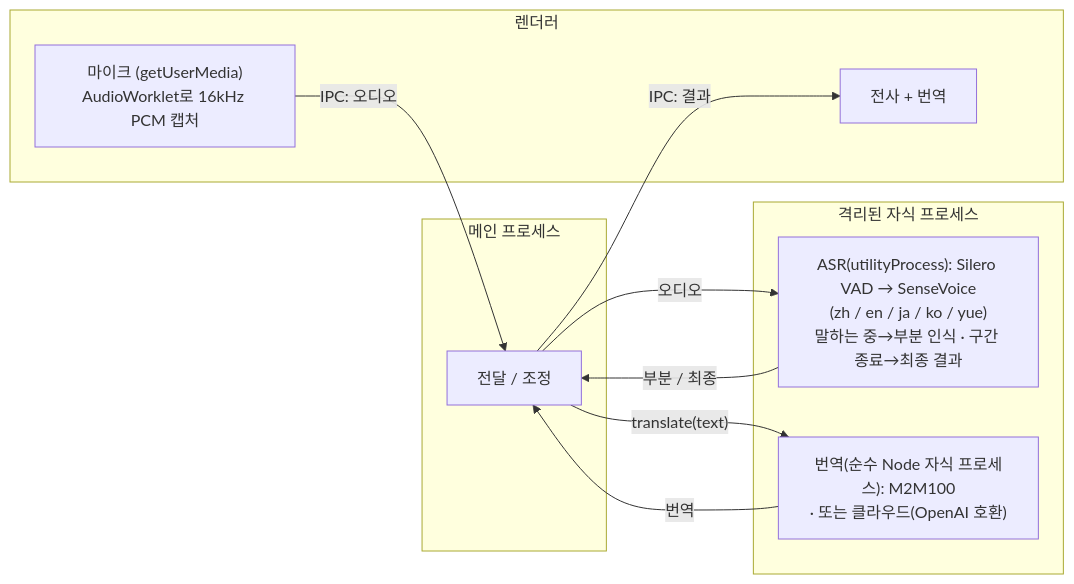
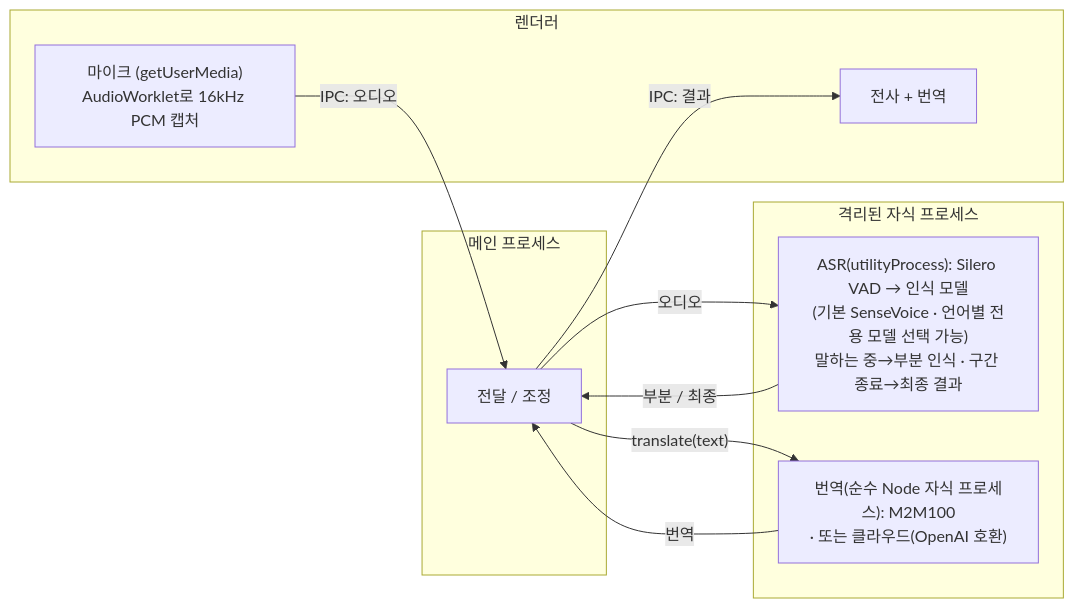
Before and after one commit to baijunjie/realtime-translator: the diagram in README.ko.md, drawn with Mermaid. The commit also changed 4 other files, not shown here.

Commit message:
docs: 架构图 ASR 节点改为多识别模型描述，同步 WASM 说明

````diff
--- a/README.ko.md
+++ b/README.ko.md
@@ -115,20 +115,20 @@
 ```mermaid
 flowchart LR
   subgraph RENDER["렌더러"]
     MIC["마이크 (getUserMedia)<br/>AudioWorklet로 16kHz PCM 캡처"]
     UI["전사 + 번역"]
   end
   subgraph MAIN["메인 프로세스"]
     HUB["전달 / 조정"]
   end
   subgraph UTIL["격리된 자식 프로세스"]
-    ASR["ASR(utilityProcess): Silero VAD → SenseVoice<br/>(zh / en / ja / ko / yue)<br/>말하는 중→부분 인식 · 구간 종료→최종 결과"]
+    ASR["ASR(utilityProcess): Silero VAD → 인식 모델<br/>(기본 SenseVoice · 언어별 전용 모델 선택 가능)<br/>말하는 중→부분 인식 · 구간 종료→최종 결과"]
     TRANS["번역(순수 Node 자식 프로세스): M2M100<br/>· 또는 클라우드(OpenAI 호환)"]
   end
   MIC -- "IPC: 오디오" --> HUB
   HUB -- 오디오 --> ASR
   ASR -- "부분 / 최종" --> HUB
   HUB -- "translate(text)" --> TRANS
   TRANS -- 번역 --> HUB
   HUB -- "IPC: 결과" --> UI
 ```
````
